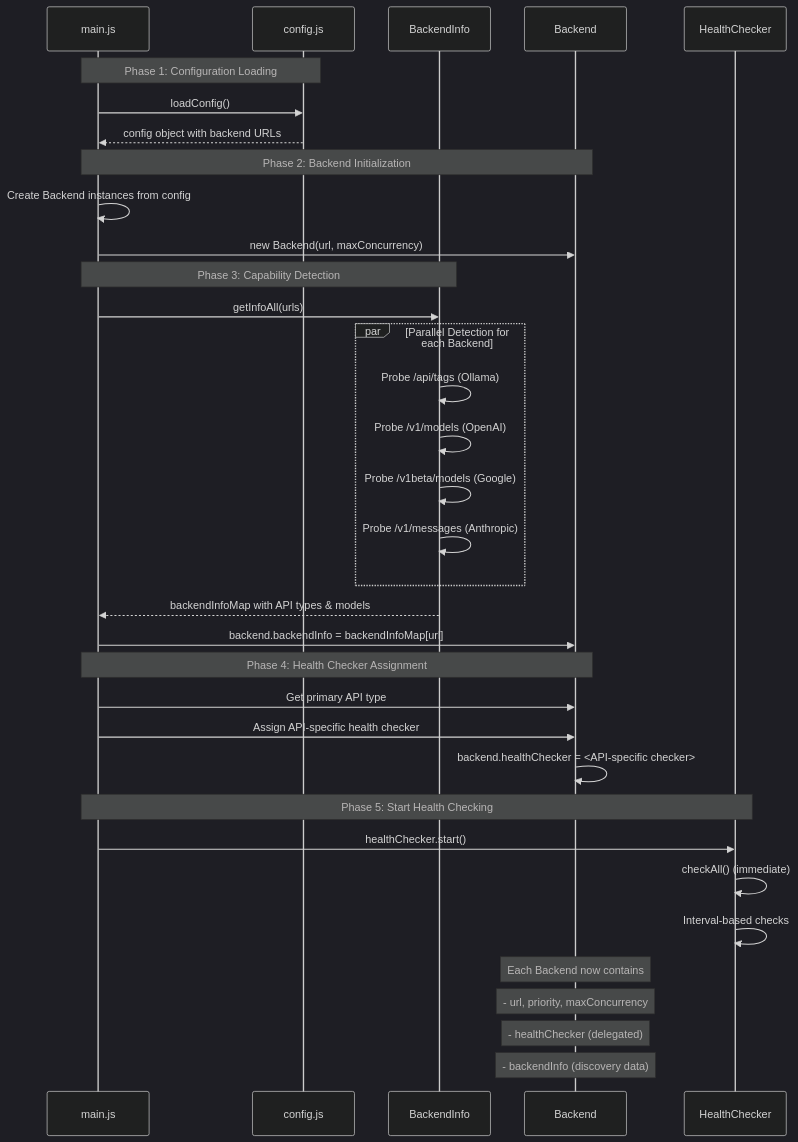
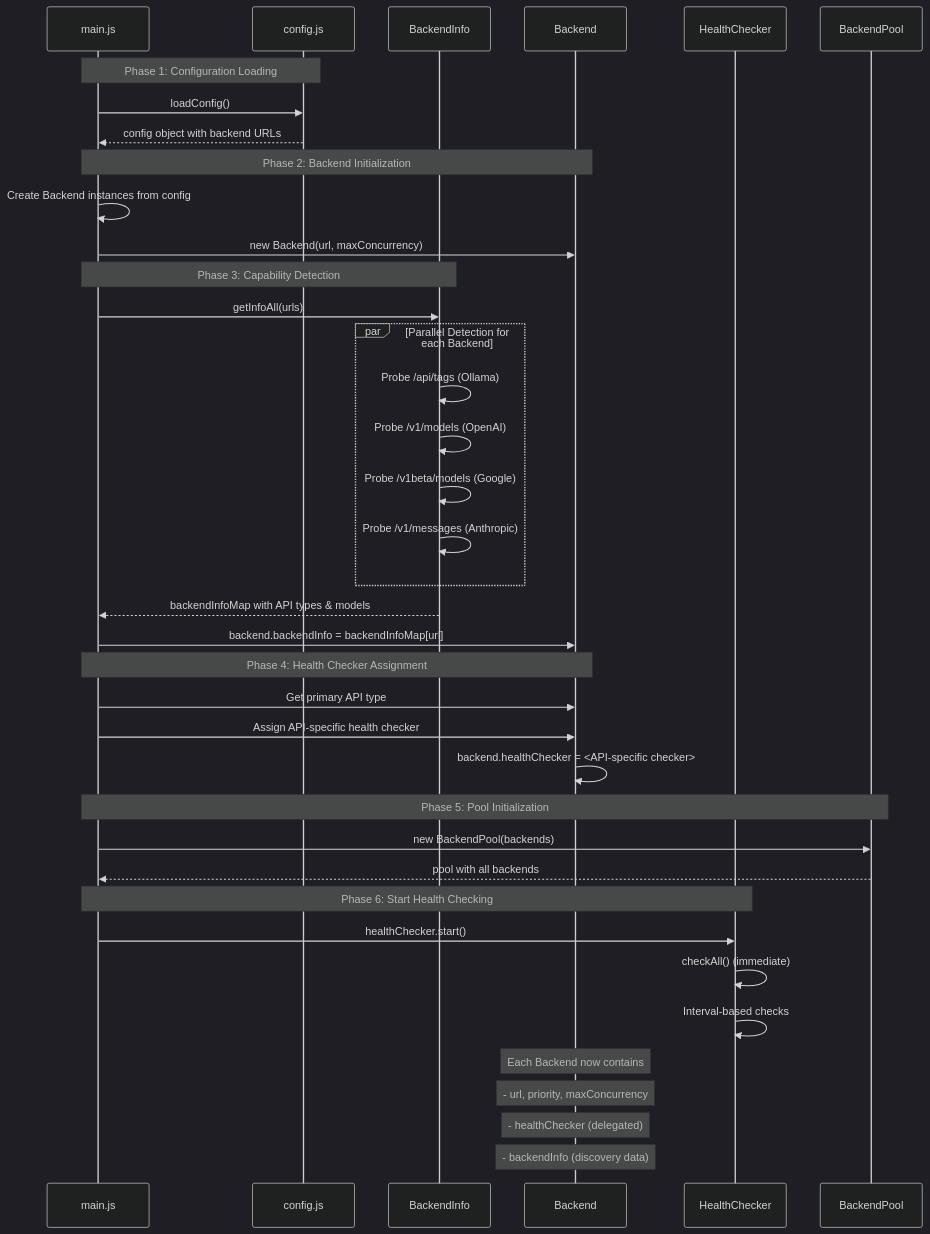
One commit to Schafer-List-Systems/llm_balancer changed the second of 10 diagrams in docs/developer/DATA_FLOW.md. Above: the diagram before and after it, drawn with Mermaid (dark theme). The commit also changed other lines of this file and 2 other files, not shown here.

````diff
--- a/docs/developer/DATA_FLOW.md
+++ b/docs/developer/DATA_FLOW.md
@@ -88,44 +111,49 @@
 ```mermaid
 sequenceDiagram
     participant Main as main.js
     participant Config as config.js
     participant BackendInfo as BackendInfo
     participant Backend as Backend
     participant HealthChecker as HealthChecker
+    participant BackendPool as BackendPool
 
     Note over Main,Config: Phase 1: Configuration Loading
     Main->>Config: loadConfig()
     Config-->>Main: config object with backend URLs
 
     Note over Main,Backend: Phase 2: Backend Initialization
     Main->>Main: Create Backend instances from config
     Main->>Backend: new Backend(url, maxConcurrency)
 
     Note over Main,BackendInfo: Phase 3: Capability Detection
     Main->>BackendInfo: getInfoAll(urls)
 
     par Parallel Detection for each Backend
         BackendInfo->>BackendInfo: Probe /api/tags (Ollama)
         BackendInfo->>BackendInfo: Probe /v1/models (OpenAI)
         BackendInfo->>BackendInfo: Probe /v1beta/models (Google)
         BackendInfo->>BackendInfo: Probe /v1/messages (Anthropic)
     end
 
     BackendInfo-->>Main: backendInfoMap with API types & models
     Main->>Backend: backend.backendInfo = backendInfoMap[url]
 
     Note over Main,Backend: Phase 4: Health Checker Assignment
     Main->>Backend: Get primary API type
     Main->>Backend: Assign API-specific health checker
     Backend->>Backend: backend.healthChecker = <API-specific checker>
 
-    Note over Main,HealthChecker: Phase 5: Start Health Checking
+    Note over Main,BackendPool: Phase 5: Pool Initialization
+    Main->>BackendPool: new BackendPool(backends)
+    BackendPool-->>Main: pool with all backends
+
+    Note over Main,HealthChecker: Phase 6: Start Health Checking
     Main->>HealthChecker: healthChecker.start()
     HealthChecker->>HealthChecker: checkAll() (immediate)
     HealthChecker->>HealthChecker: Interval-based checks
 
     Note over Backend: Each Backend now contains
     Note over Backend: - url, priority, maxConcurrency
     Note over Backend: - healthChecker (delegated)
     Note over Backend: - backendInfo (discovery data)
 ```
````
